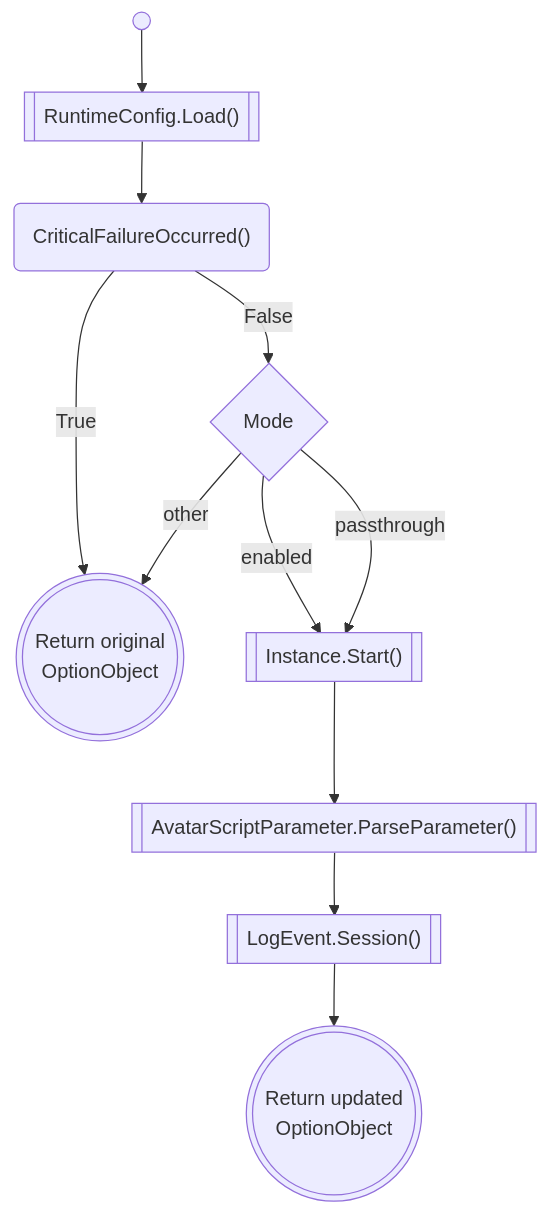
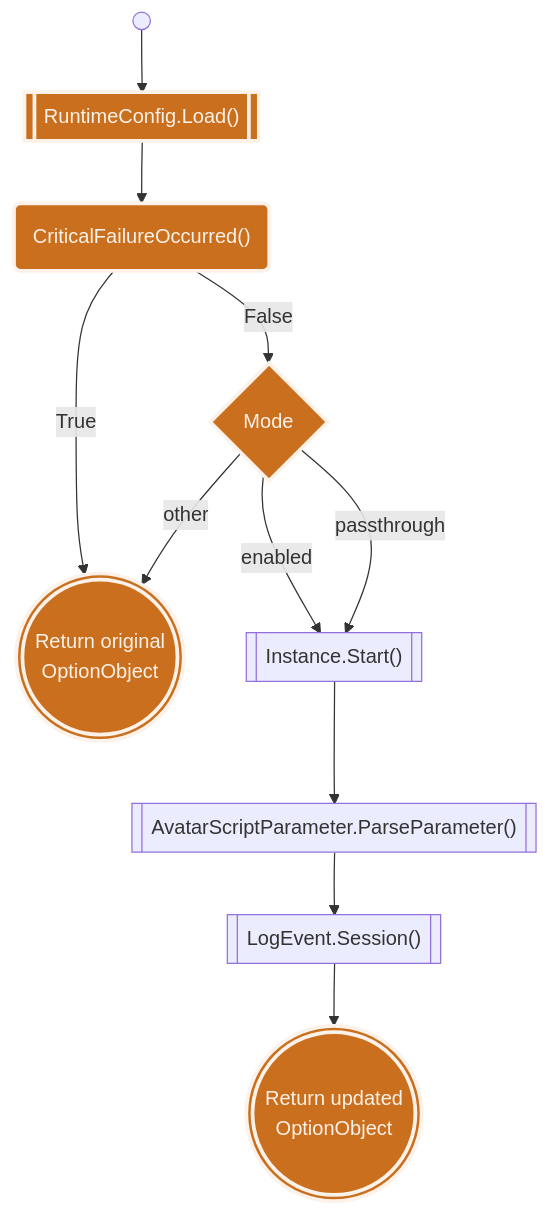
One commit to spectrum-health-systems/tingen-documentation changed the first of 3 diagrams in static/diagrams/TingenWebService.md. Above: the diagram before and after it, drawn with Mermaid.

````diff
--- a/static/diagrams/TingenWebService.md
+++ b/static/diagrams/TingenWebService.md
@@ -26,27 +26,29 @@
 ```mermaid
 flowchart TD
     %% Components
     Start@{shape: sm-circ, label: ""}
     RuntimeConfig_Load@{shape: fr-rect, label: "RuntimeConfig.Load()"}
     CriticalFailureOccurred@{shape: rounded, label: "CriticalFailureOccurred()"}
     ReturnOriginalOptionObject@{shape: dbl-circ, label: "Return original\nOptionObject"}
     Mode@{shape: diam, label: "Mode"}
     Instance.Start@{shape: fr-rect, label: "Instance.Start()"}
     ParseParameter@{shape: fr-rect, label: "AvatarScriptParameter.ParseParameter()"}
     LogSession@{shape: fr-rect, label: "LogEvent.Session()"}
     ReturnUpdatedOptionObject@{shape: dbl-circ, label: "Return updated\nOptionObject"}
     %% Layout
-    Start --> RuntimeConfig_Load --> CriticalFailureOccurred
-    CriticalFailureOccurred -- True --> ReturnOriginalOptionObject
-    CriticalFailureOccurred -- False --> Mode
+    Start --> RuntimeConfig_Load:::E3_ --> CriticalFailureOccurred:::E3_
+    CriticalFailureOccurred -- True --> ReturnOriginalOptionObject:::E3_
+    CriticalFailureOccurred -- False --> Mode:::E3_
     Mode -- enabled --> Instance.Start
     Mode -- passthrough --> Instance.Start
     Mode -- other --> ReturnOriginalOptionObject
     Instance.Start --> ParseParameter
     ParseParameter --> LogSession
-    LogSession --> ReturnUpdatedOptionObject
+    LogSession --> ReturnUpdatedOptionObject:::E3_
     %% Styles
+    classDef E3_ stroke:#fdf2e9,stroke-width:3px,fill:#ca6f1e,color:#fdf2e9
+    classDef U3_ stroke:#eaf2f8,stroke-width:3px,fill:#2471a3,color:#eaf2f8
     %% Links
     click RuntimeConfig_Load "https://github.com/spectrum-health-systems/tingen-documentation-project/blob/main/static/diagrams/TingenWebService.Configuration.md#tingenwebserviceconfigurationruntimeconfigcs"
     click CriticalFailureOccurred "https://github.com/spectrum-health-systems/tingen-documentation-project/blob/main/static/diagrams/TingenWebService.md#criticalfailureoccurred"
 ```
````
